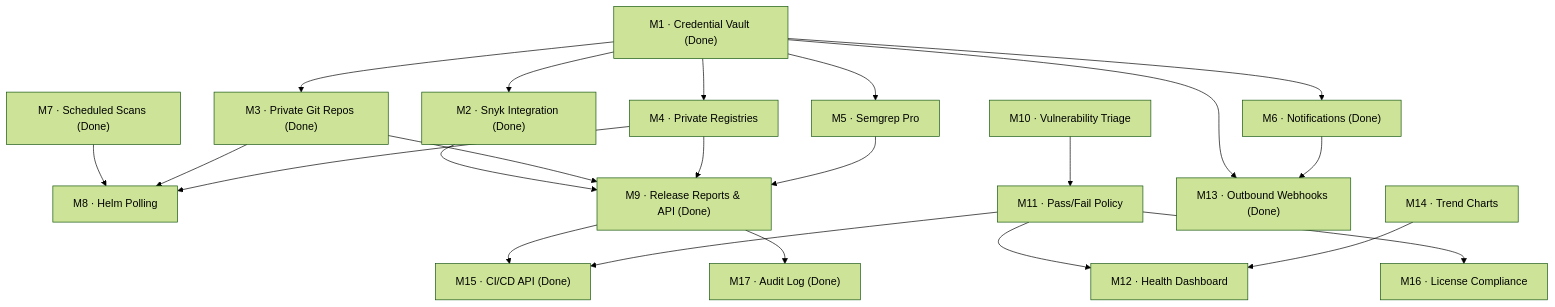
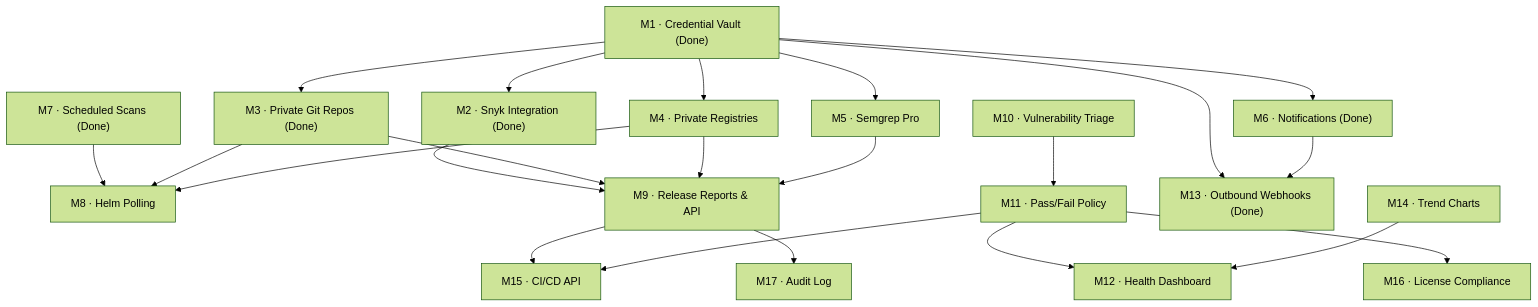
One commit to kajuberdut/ROVER changed the diagram in okf-vault/40_indices/roadmap-moc.md. Above: the diagram before and after it, drawn with Mermaid (forest theme). The commit also changed other lines of this file and 6 other files, not shown here.

````diff
--- a/okf-vault/40_indices/roadmap-moc.md
+++ b/okf-vault/40_indices/roadmap-moc.md
@@ -37,42 +37,42 @@
 ```mermaid
 graph TD
     M1["M1 · Credential Vault (Done)"]
     M2["M2 · Snyk Integration (Done)"]
     M3["M3 · Private Git Repos (Done)"]
     M4["M4 · Private Registries"]
     M5["M5 · Semgrep Pro"]
     M6["M6 · Notifications (Done)"]
     M7["M7 · Scheduled Scans (Done)"]
     M8["M8 · Helm Polling"]
-    M9["M9 · Release Reports & API (Done)"]
+    M9["M9 · Release Reports & API"]
     M10["M10 · Vulnerability Triage"]
     M11["M11 · Pass/Fail Policy"]
     M12["M12 · Health Dashboard"]
     M13["M13 · Outbound Webhooks (Done)"]
     M14["M14 · Trend Charts"]
-    M15["M15 · CI/CD API (Done)"]
+    M15["M15 · CI/CD API"]
     M16["M16 · License Compliance"]
-    M17["M17 · Audit Log (Done)"]
+    M17["M17 · Audit Log"]
 
     M1 --> M2
     M1 --> M3
     M1 --> M4
     M1 --> M5
     M1 --> M6
     M1 --> M13
     M7 --> M8
     M3 --> M8
     M4 --> M8
     M2 --> M9
     M3 --> M9
     M4 --> M9
     M5 --> M9
     M10 --> M11
     M11 --> M12
     M14 --> M12
     M9 --> M15
     M11 --> M15
     M6 --> M13
     M11 --> M16
     M9 --> M17
 ```
````
